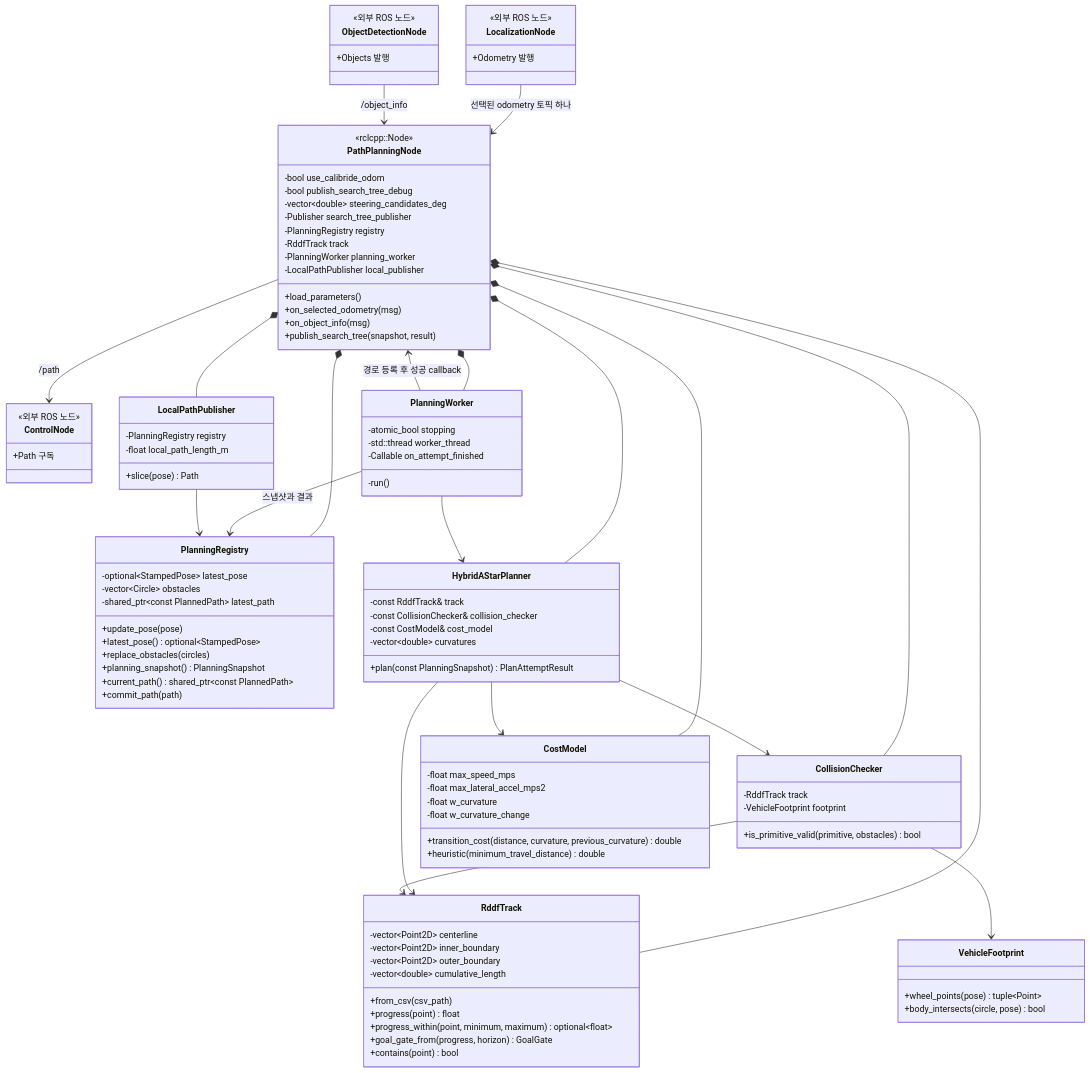
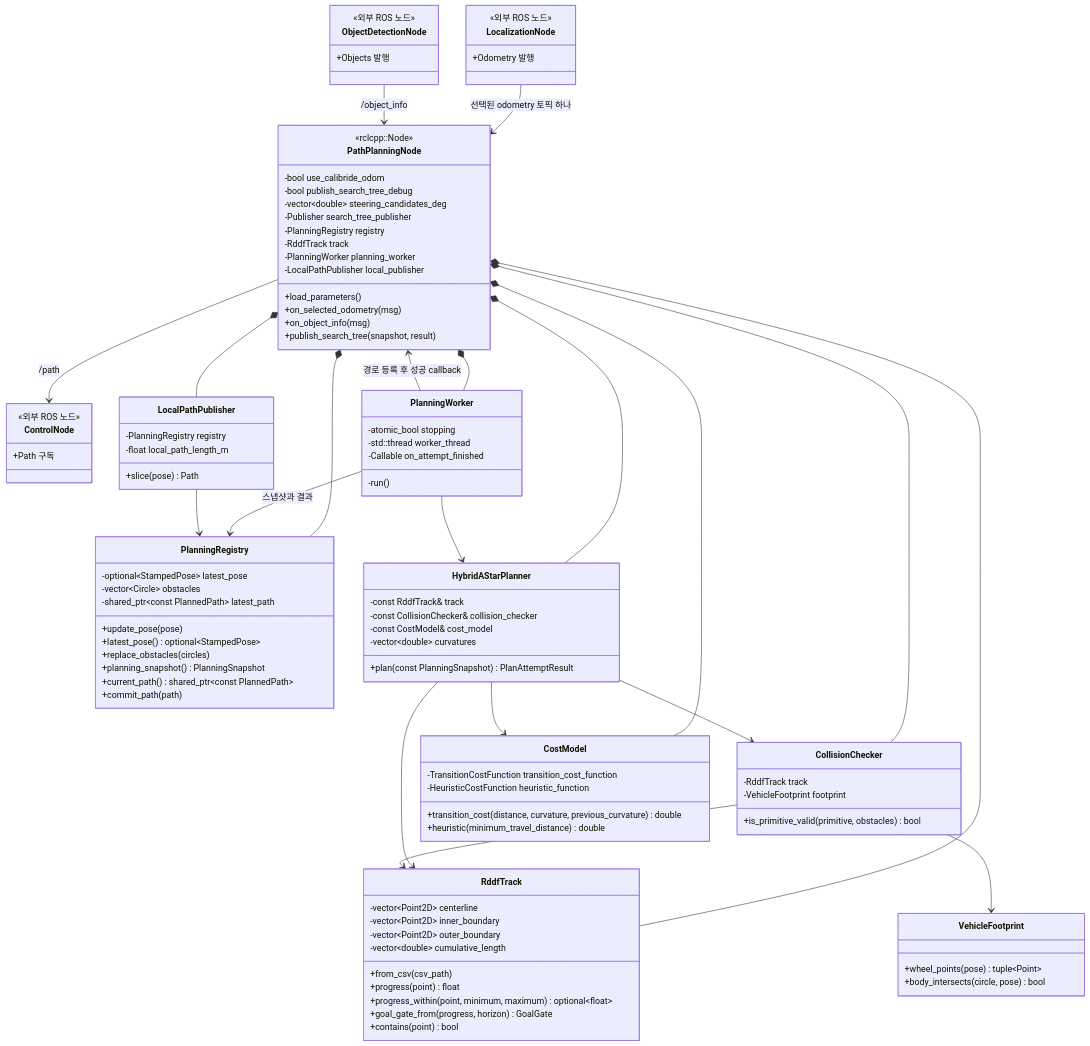
Before and after one commit to Team-Stier/AMET2026_coex_stier: the first of 3 diagrams in src/path_planning/README.md, drawn with Mermaid. The commit also changed other lines of this file and 10 other files, not shown here.

```diff
--- a/src/path_planning/README.md
+++ b/src/path_planning/README.md
@@ -229,10 +229,8 @@
         +body_intersects(circle, pose) bool
     }
     class CostModel {
-        -float max_speed_mps
-        -float max_lateral_accel_mps2
-        -float w_curvature
-        -float w_curvature_change
+        -TransitionCostFunction transition_cost_function
+        -HeuristicCostFunction heuristic_function
         +transition_cost(distance, curvature, previous_curvature) double
         +heuristic(minimum_travel_distance) double
     }
```
